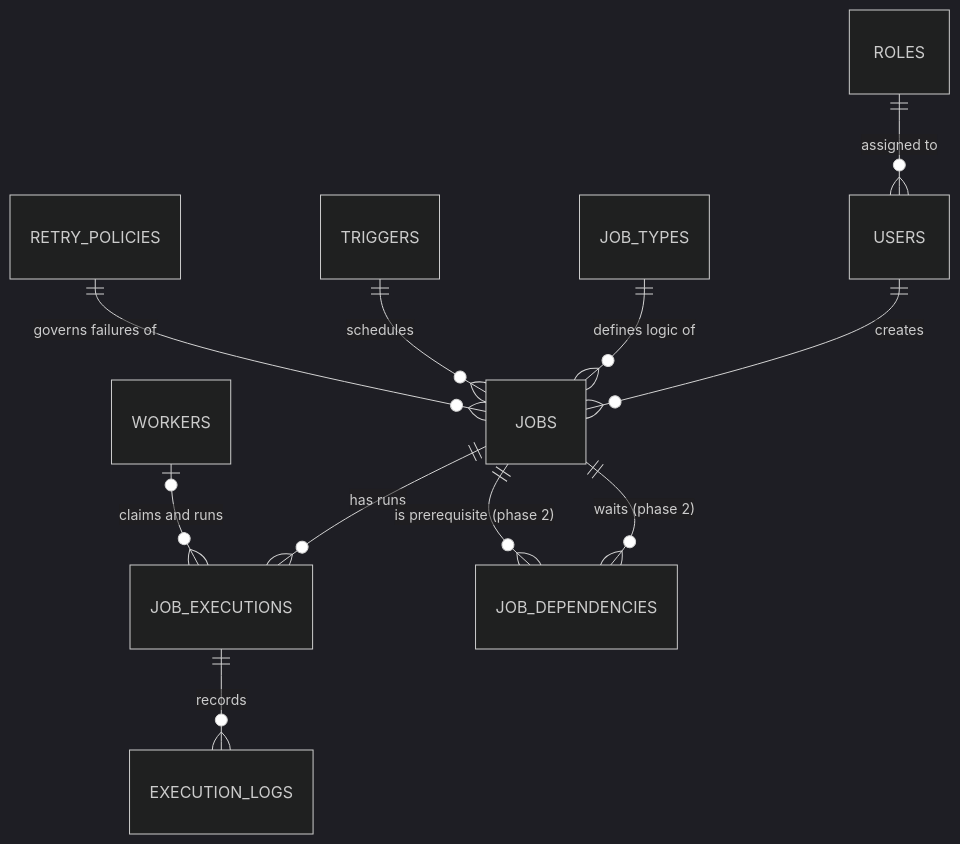
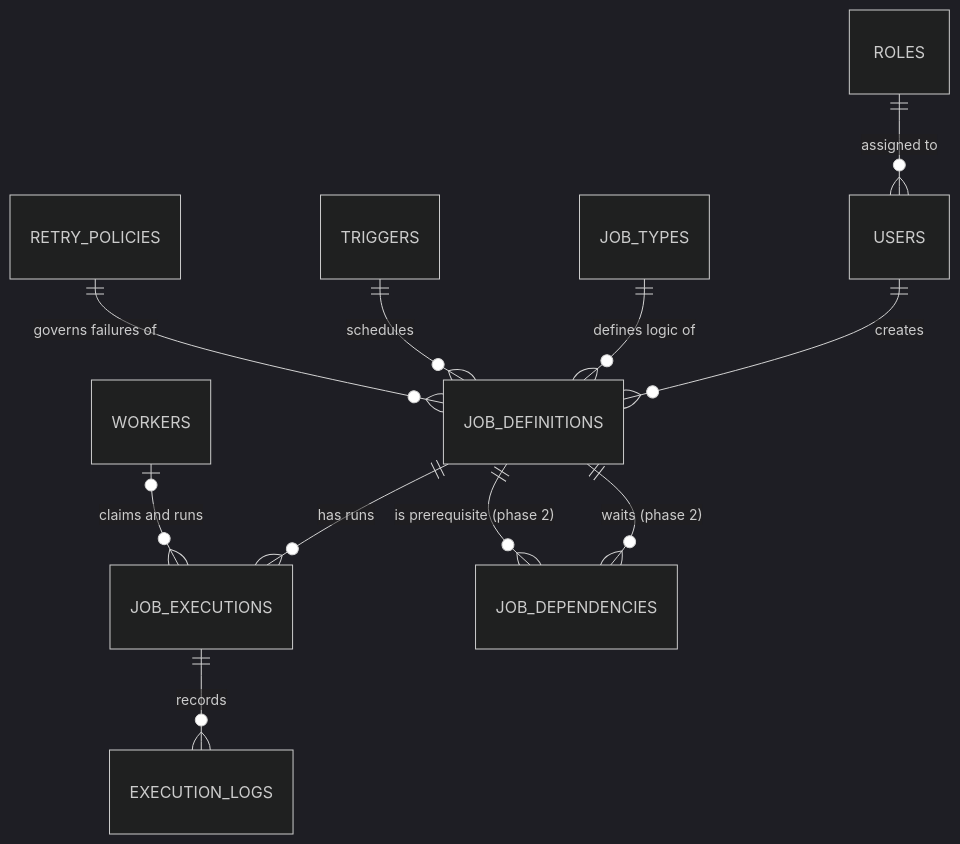
One commit to ks9205124-cloud/DBOS changed the diagram in documentation/database-design.md. Above: the diagram before and after it, drawn with Mermaid (dark theme). The commit also changed other lines of this file and 20 other files, not shown here.

Commit message:
Add WorkerPool, run Demo and GUI on it, treat job Errors as failures, refresh docs

````diff
--- a/documentation/database-design.md
+++ b/documentation/database-design.md
@@ -26,13 +26,13 @@
 ```mermaid
 erDiagram
     ROLES ||--o{ USERS : "assigned to"
-    USERS ||--o{ JOBS : "creates"
-    JOB_TYPES ||--o{ JOBS : "defines logic of"
-    TRIGGERS ||--o{ JOBS : "schedules"
-    RETRY_POLICIES ||--o{ JOBS : "governs failures of"
-    JOBS ||--o{ JOB_EXECUTIONS : "has runs"
+    USERS ||--o{ JOB_DEFINITIONS : "creates"
+    JOB_TYPES ||--o{ JOB_DEFINITIONS : "defines logic of"
+    TRIGGERS ||--o{ JOB_DEFINITIONS : "schedules"
+    RETRY_POLICIES ||--o{ JOB_DEFINITIONS : "governs failures of"
+    JOB_DEFINITIONS ||--o{ JOB_EXECUTIONS : "has runs"
     WORKERS |o--o{ JOB_EXECUTIONS : "claims and runs"
     JOB_EXECUTIONS ||--o{ EXECUTION_LOGS : "records"
-    JOBS ||--o{ JOB_DEPENDENCIES : "waits (phase 2)"
-    JOBS ||--o{ JOB_DEPENDENCIES : "is prerequisite (phase 2)"
+    JOB_DEFINITIONS ||--o{ JOB_DEPENDENCIES : "waits (phase 2)"
+    JOB_DEFINITIONS ||--o{ JOB_DEPENDENCIES : "is prerequisite (phase 2)"
 ```
````
